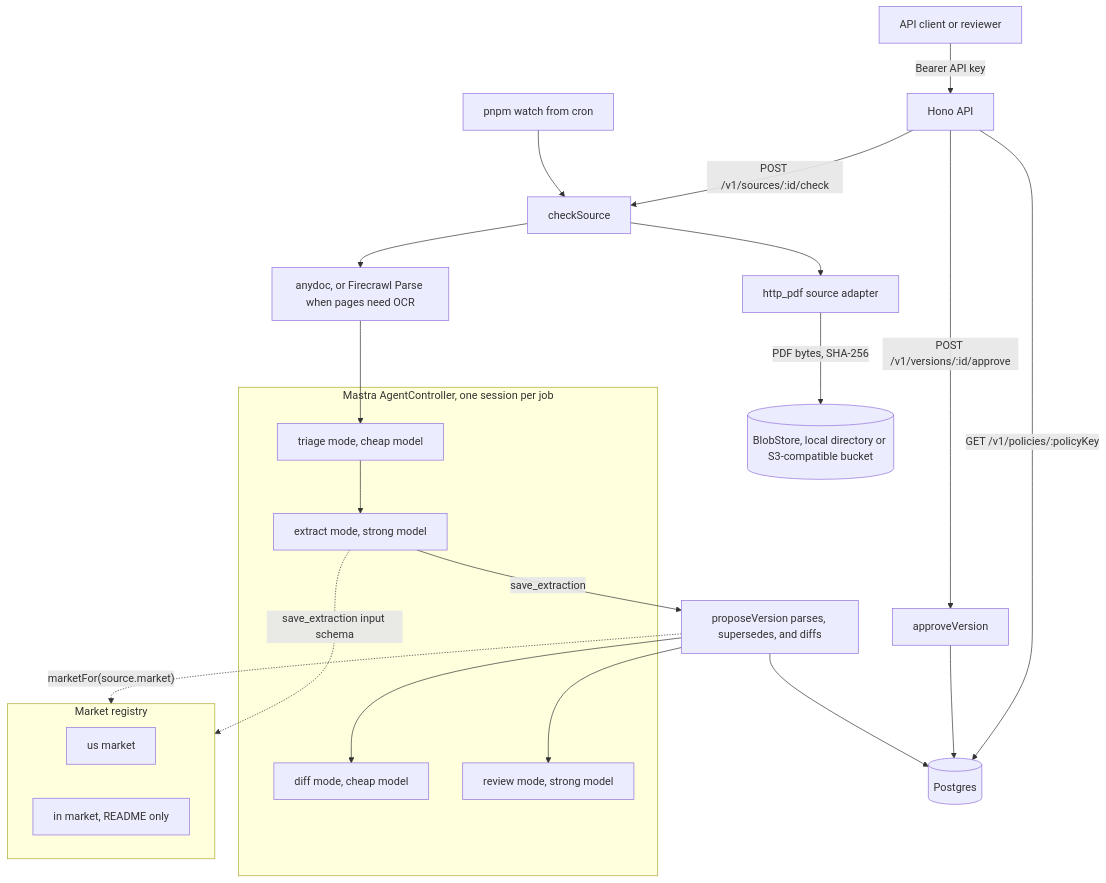
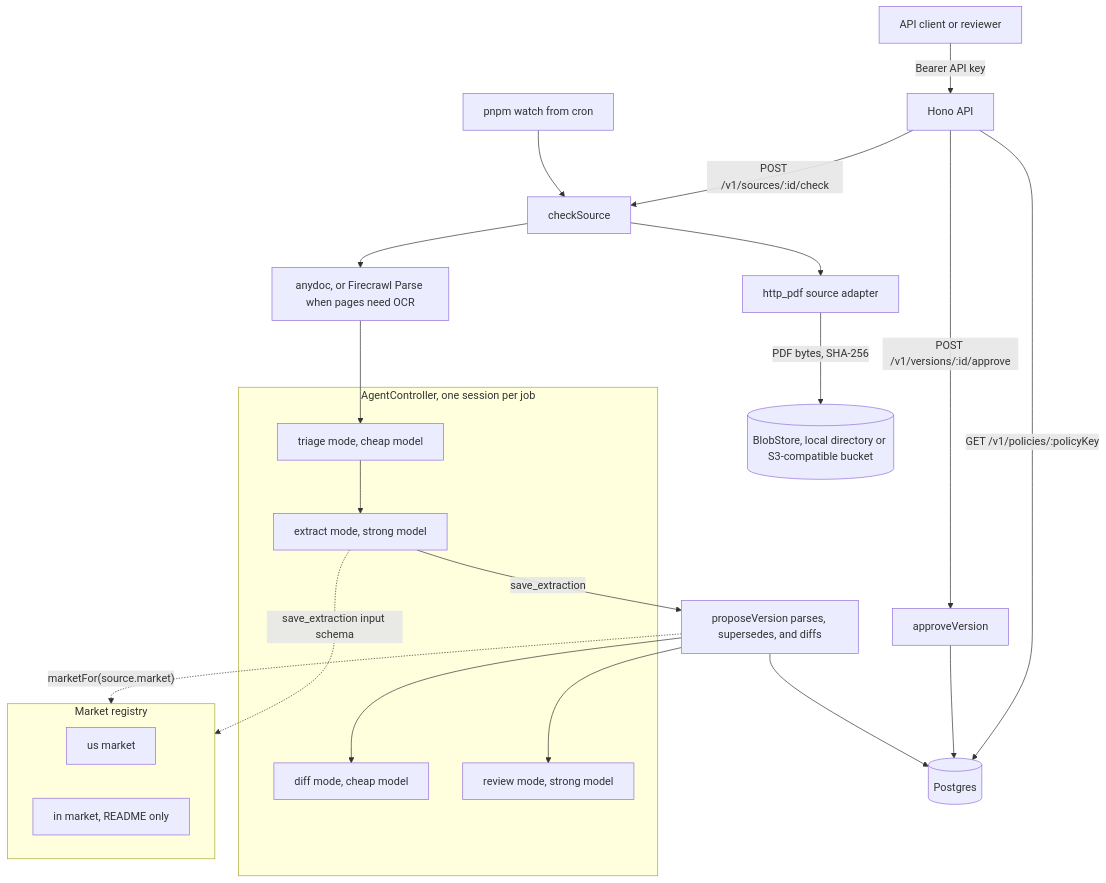
One commit to AmitMirgal/anumat changed the diagram in README.md. Above: the diagram before and after it, drawn with Mermaid. The commit also changed other lines of this file and 15 other files, not shown here.

````diff
--- a/README.md
+++ b/README.md
@@ -179,28 +183,28 @@
 ```mermaid
 flowchart TD
   client["API client or reviewer"] -->|Bearer API key| api["Hono API"]
   cron["pnpm watch from cron"] --> check
   api -->|"POST /v1/sources/:id/check"| check["checkSource"]
   check --> adapter["http_pdf source adapter"]
   adapter -->|"PDF bytes, SHA-256"| blobs[("BlobStore, local directory or S3-compatible bucket")]
   check --> convert["anydoc, or Firecrawl Parse when pages need OCR"]
   convert --> triage
-  subgraph agent["Mastra AgentController, one session per job"]
+  subgraph agent["AgentController, one session per job"]
     triage["triage mode, cheap model"] --> extract["extract mode, strong model"]
     diffmode["diff mode, cheap model"]
     reviewmode["review mode, strong model"]
   end
   extract -->|save_extraction| propose["proposeVersion parses, supersedes, and diffs"]
   propose --> db[("Postgres")]
   propose --> diffmode
   propose --> reviewmode
   api -->|"POST /v1/versions/:id/approve"| approve["approveVersion"]
   approve --> db
   api -->|"GET /v1/policies/:policyKey"| db
   subgraph markets["Market registry"]
     us["us market"]
     india["in market, README only"]
   end
   propose -.->|"marketFor(source.market)"| markets
   extract -.->|"save_extraction input schema"| markets
 ```
````
